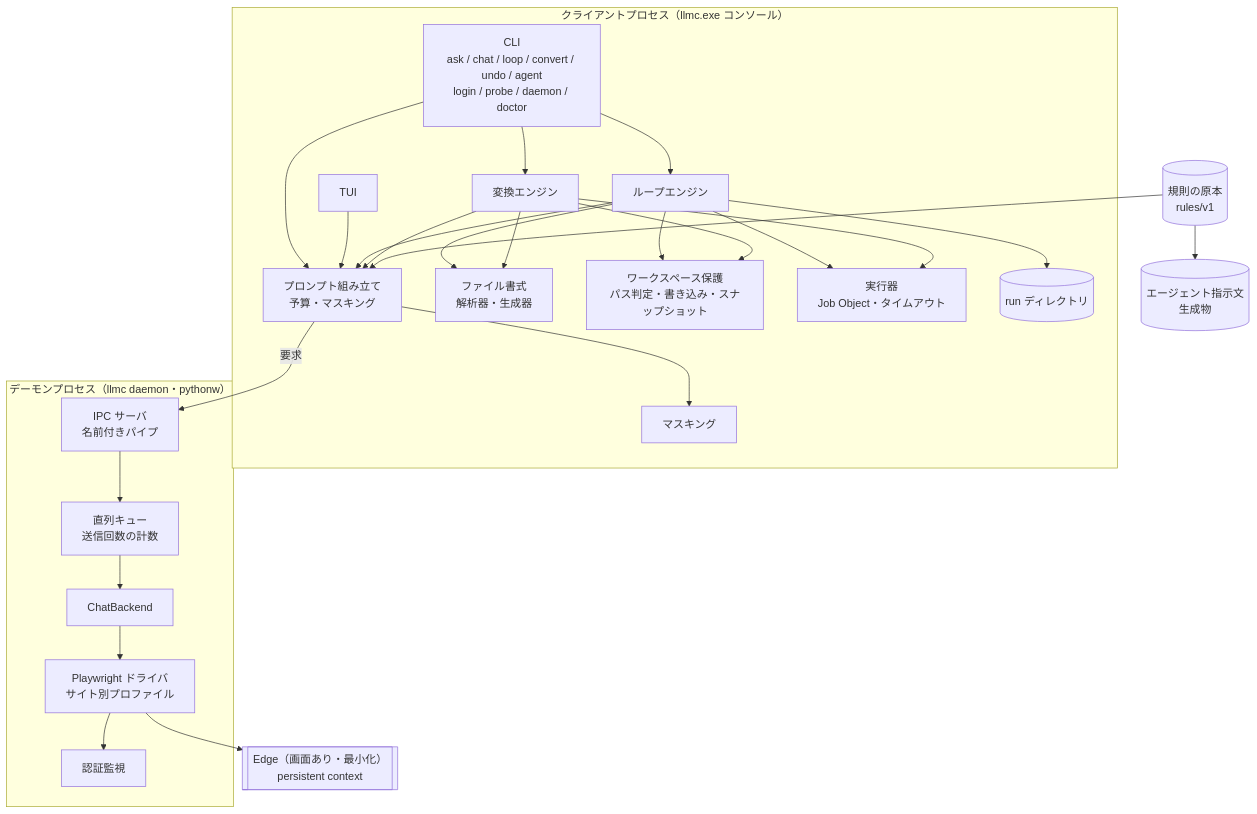
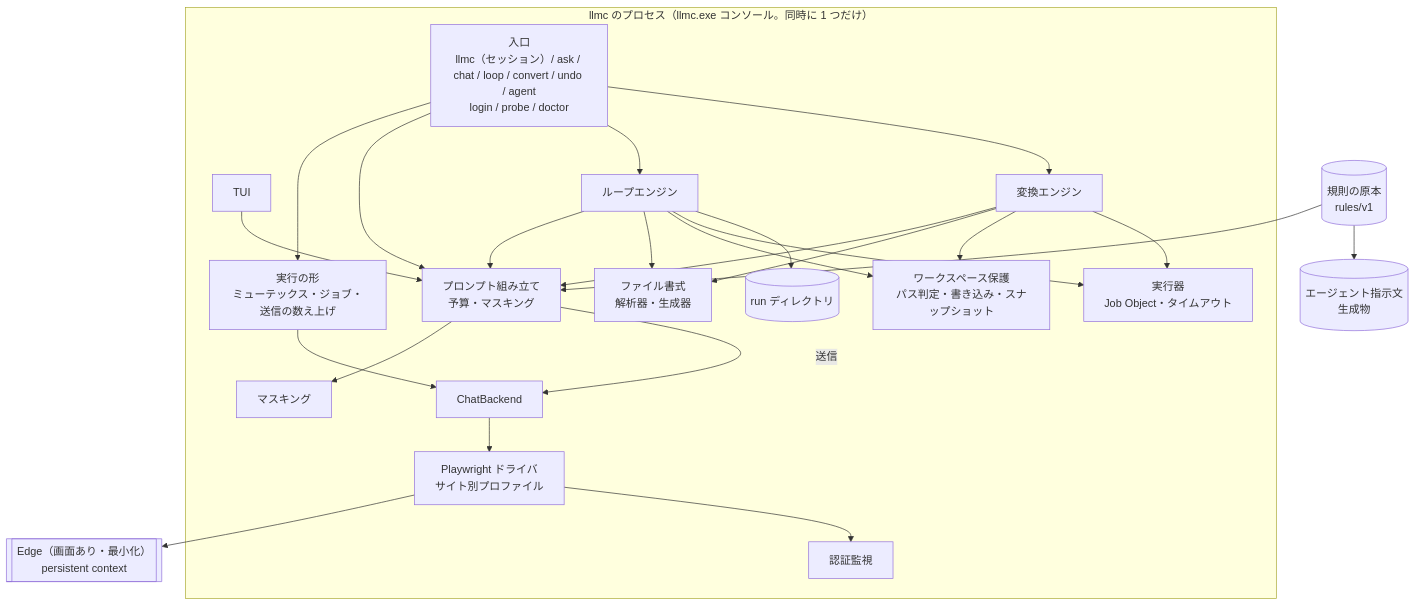
One commit to ip-sandbox/llmc changed the first of 3 diagrams in docs/architecture.md. Above: the diagram before and after it, drawn with Mermaid. The commit also changed other lines of this file and 11 other files, not shown here.

Commit message:
docs: v1 はデーモンを作らない（plan 前提 19）。同時に動く llmc は 1 つだけ（ミューテックスで 2 つ目を断る）、入口は llmc の 1 つ（引数なしで対話のセッション、サブコマンドで単発）。spec-daemon を spec-runtime に書き換え、デーモンの案は付録 A に残した。RDP では使わない（前提 20）。requirements・architecture・関連の仕様書と PoC-8 の手順を合わせた

````diff
--- a/docs/architecture.md
+++ b/docs/architecture.md
@@ -16,36 +16,34 @@
 ```mermaid
 flowchart TB
-  subgraph Client["クライアントプロセス（llmc.exe コンソール）"]
-    CLI[CLI<br/>ask / chat / loop / convert / undo / agent<br/>login / probe / daemon / doctor]
+  subgraph Proc["llmc のプロセス（llmc.exe コンソール。同時に 1 つだけ）"]
+    CLI[入口<br/>llmc（セッション）/ ask / chat / loop / convert / undo / agent<br/>login / probe / doctor]
     TUI[TUI]
+    RT[実行の形<br/>ミューテックス・ジョブ・送信の数え上げ]
     PB[プロンプト組み立て<br/>予算・マスキング]
     FP[ファイル書式<br/>解析器・生成器]
     WG[ワークスペース保護<br/>パス判定・書き込み・スナップショット]
     LE[ループエンジン]
     CE[変換エンジン]
     EX[実行器<br/>Job Object・タイムアウト]
     MK[マスキング]
     RS[(run ディレクトリ)]
-  end
-  subgraph Daemon["デーモンプロセス（llmc daemon・pythonw）"]
-    SRV[IPC サーバ<br/>名前付きパイプ]
-    Q[直列キュー<br/>送信回数の計数]
     BE[ChatBackend]
     PW[Playwright ドライバ<br/>サイト別プロファイル]
     AU[認証監視]
   end
   BR[[Edge（画面あり・最小化）<br/>persistent context]]
   RULES[(規則の原本<br/>rules/v1)]
   AG[(エージェント指示文<br/>生成物)]
 
+  CLI --> RT
   CLI --> PB --> MK
   TUI --> PB
   CLI --> LE & CE
   LE --> PB & FP & WG & EX & RS
   CE --> PB & FP & WG & EX
-  PB -->|要求| SRV
-  SRV --> Q --> BE --> PW --> BR
+  PB -->|送信| BE --> PW --> BR
+  RT --> BE
   PW --> AU
   RULES --> PB
   RULES --> AG
 ```
````
